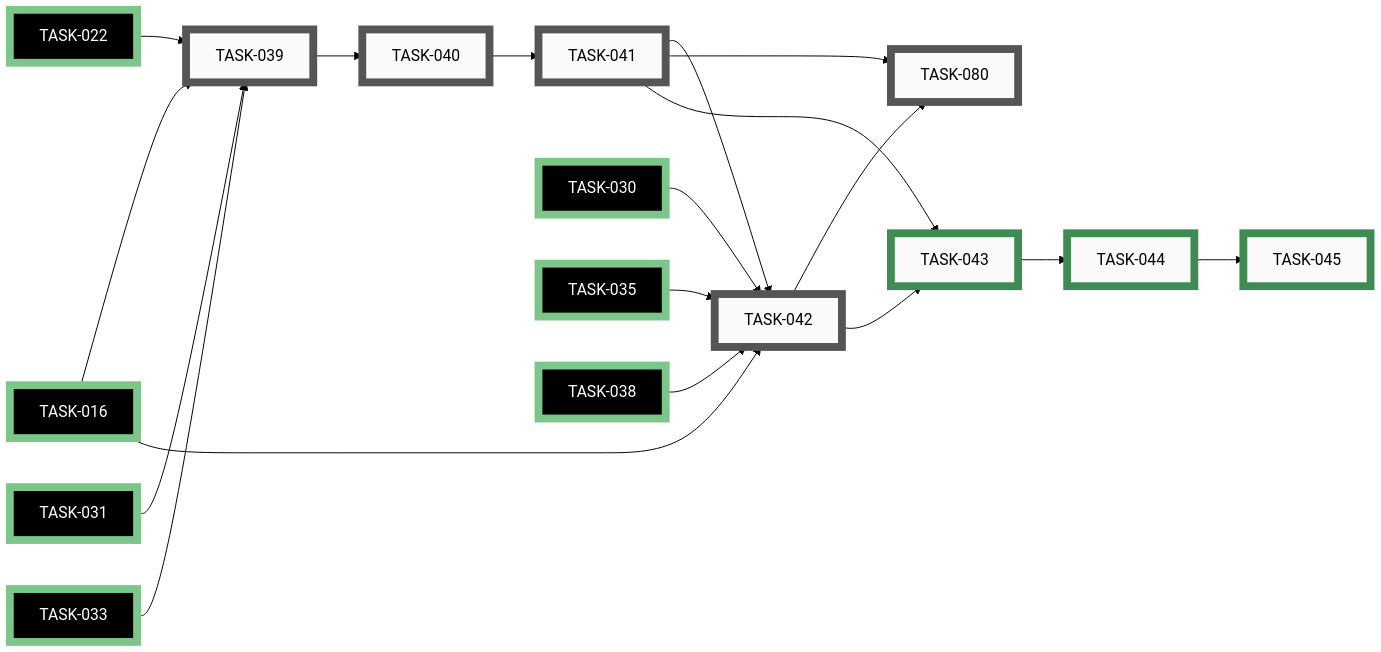
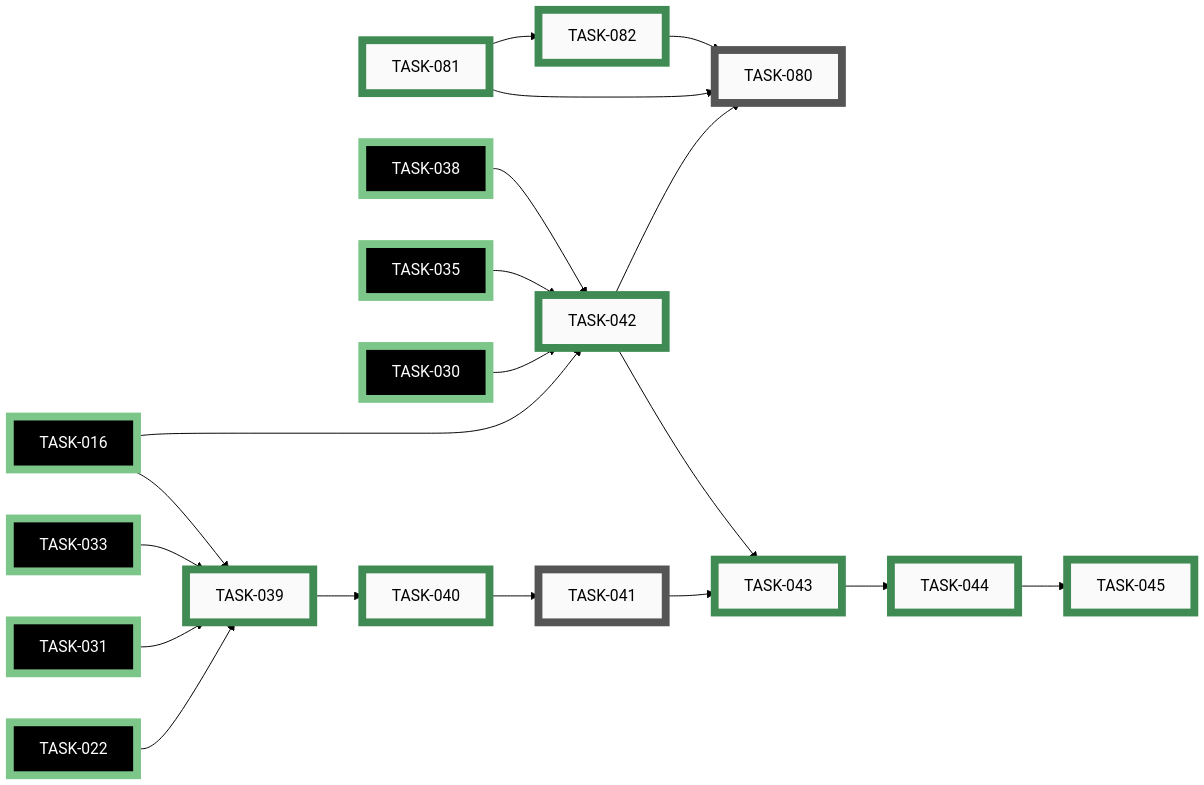
Before and after one commit to tgd1975/CircuitSmith: the sixth of 11 diagrams in docs/developers/tasks/EPICS.md, drawn with Mermaid (forest theme). The commit also changed other lines of this file and 23 other files, not shown here.

````diff
--- a/docs/developers/tasks/EPICS.md
+++ b/docs/developers/tasks/EPICS.md
@@ -351,58 +351,63 @@
 ```mermaid
 graph LR
-    TASK_039["TASK-039"]:::open
-    TASK_040["TASK-040"]:::open
     TASK_041["TASK-041"]:::open
-    TASK_042["TASK-042"]:::open
     TASK_080["TASK-080"]:::open
+    TASK_039["TASK-039"]:::closed
+    TASK_040["TASK-040"]:::closed
+    TASK_042["TASK-042"]:::closed
     TASK_043["TASK-043"]:::closed
     TASK_044["TASK-044"]:::closed
     TASK_045["TASK-045"]:::closed
+    TASK_081["TASK-081"]:::closed
+    TASK_082["TASK-082"]:::closed
     TASK_016["TASK-016"]:::closedExt
     TASK_022["TASK-022"]:::closedExt
     TASK_030["TASK-030"]:::closedExt
     TASK_031["TASK-031"]:::closedExt
     TASK_033["TASK-033"]:::closedExt
     TASK_035["TASK-035"]:::closedExt
     TASK_038["TASK-038"]:::closedExt
+    TASK_040 --> TASK_041
+    TASK_042 --> TASK_080
+    TASK_081 --> TASK_080
+    TASK_082 --> TASK_080
     TASK_022 --> TASK_039
     TASK_031 --> TASK_039
     TASK_033 --> TASK_039
     TASK_016 --> TASK_039
     TASK_039 --> TASK_040
-    TASK_040 --> TASK_041
     TASK_016 --> TASK_042
     TASK_030 --> TASK_042
     TASK_035 --> TASK_042
     TASK_038 --> TASK_042
-    TASK_041 --> TASK_042
-    TASK_041 --> TASK_080
-    TASK_042 --> TASK_080
     TASK_041 --> TASK_043
     TASK_042 --> TASK_043
     TASK_043 --> TASK_044
     TASK_044 --> TASK_045
-    click TASK_039 "open/task-039-write-skill-md-system-prompt.md"
-    click TASK_040 "open/task-040-register-skill-in-vibe-config.md"
+    TASK_081 --> TASK_082
     click TASK_041 "open/task-041-run-five-acceptance-tests.md"
-    click TASK_042 "open/task-042-finalise-skill-docs.md"
     click TASK_080 "open/task-080-publish-circuitsmith-to-pypi.md"
+    click TASK_039 "closed/task-039-write-skill-md-system-prompt.md"
+    click TASK_040 "closed/task-040-register-skill-in-vibe-config.md"
+    click TASK_042 "closed/task-042-finalise-skill-docs.md"
     click TASK_043 "closed/task-043-create-standalone-circuit-skill-repo.md"
     click TASK_044 "closed/task-044-extract-skill-commit-history.md"
     click TASK_045 "closed/task-045-replace-skill-dir-with-pinned-copy.md"
+    click TASK_081 "closed/task-081-author-release-workflow-scaffolding.md"
+    click TASK_082 "closed/task-082-author-release-skill.md"
     click TASK_016 "closed/task-016-write-renderer-and-layout-docs.md"
     click TASK_022 "closed/task-022-implement-erc-engine.md"
     click TASK_030 "closed/task-030-write-erc-checks-reference-doc.md"
     click TASK_031 "closed/task-031-implement-bom-exporter.md"
     click TASK_033 "closed/task-033-implement-netlist-exporter.md"
     click TASK_035 "closed/task-035-extend-ci-and-docs-for-exporters.md"
     click TASK_038 "closed/task-038-update-pre-commit-hook-for-circuit-yml.md"
     classDef open    fill:#FAFAFA,stroke:#555,stroke-width:8px,color:#000
     classDef active  fill:#FAFAFA,stroke:#1A6FA8,stroke-width:8px,color:#000
     classDef closed  fill:#FAFAFA,stroke:#3F8B53,stroke-width:8px,color:#000
     classDef paused  fill:#FAFAFA,stroke:#B07810,stroke-width:8px,color:#000
     classDef openExt    fill:#000,stroke:#888,stroke-width:8px,color:#FFF
     classDef activeExt  fill:#000,stroke:#3FA9F5,stroke-width:8px,color:#FFF
     classDef closedExt  fill:#000,stroke:#7CC68A,stroke-width:8px,color:#FFF
     classDef pausedExt  fill:#000,stroke:#F0B030,stroke-width:8px,color:#FFF
 ```
````
